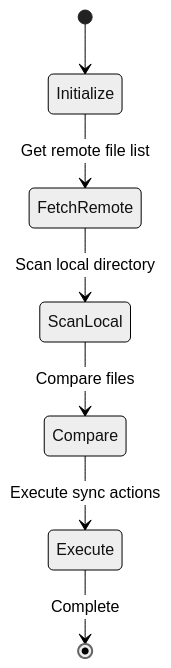
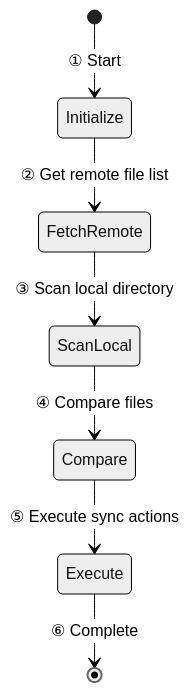
Before and after one commit to albertsdk/hsync-client: the third of 8 diagrams in docs/architecture.md, drawn with Mermaid (neutral theme). The commit also changed other lines of this file and 21 other files, not shown here.

First line of the commit message:
Add numbered phases to documentation diagrams

````diff
--- a/docs/architecture.md
+++ b/docs/architecture.md
@@ -115,9 +116,9 @@
 ```mermaid
 stateDiagram-v2
-    [*] --> Initialize
-    Initialize --> FetchRemote: Get remote file list
-    FetchRemote --> ScanLocal: Scan local directory
-    ScanLocal --> Compare: Compare files
-    Compare --> Execute: Execute sync actions
-    Execute --> [*]: Complete
+    [*] --> Initialize: ① Start
+    Initialize --> FetchRemote: ② Get remote file list
+    FetchRemote --> ScanLocal: ③ Scan local directory
+    ScanLocal --> Compare: ④ Compare files
+    Compare --> Execute: ⑤ Execute sync actions
+    Execute --> [*]: ⑥ Complete
 ```
````
